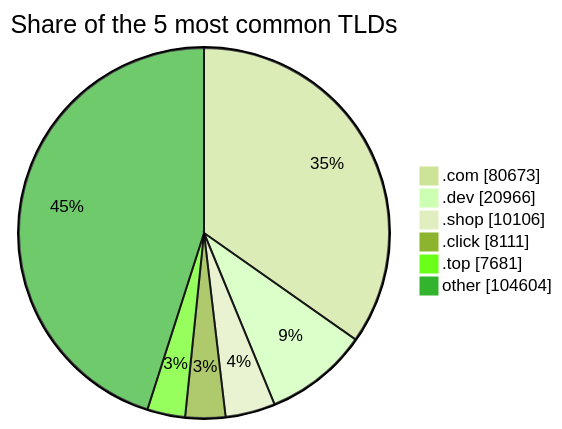
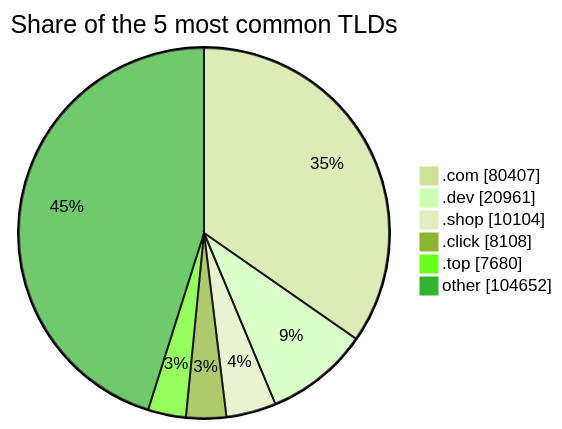
One commit to DNSBunker/CTI changed the third of 3 diagrams in README.md. Above: the diagram before and after it, drawn with Mermaid (forest theme). The commit also changed other lines of this file and 3 other files, not shown here.

````diff
--- a/README.md
+++ b/README.md
@@ -81,9 +81,9 @@
 ```mermaid
 pie showData title Share of the 5 most common TLDs
-    ".com" : 80673
-    ".dev" : 20966
-    ".shop" : 10106
-    ".click" : 8111
-    ".top" : 7681
-    "other" : 104604
+    ".com" : 80407
+    ".dev" : 20961
+    ".shop" : 10104
+    ".click" : 8108
+    ".top" : 7680
+    "other" : 104652
 ```
````
